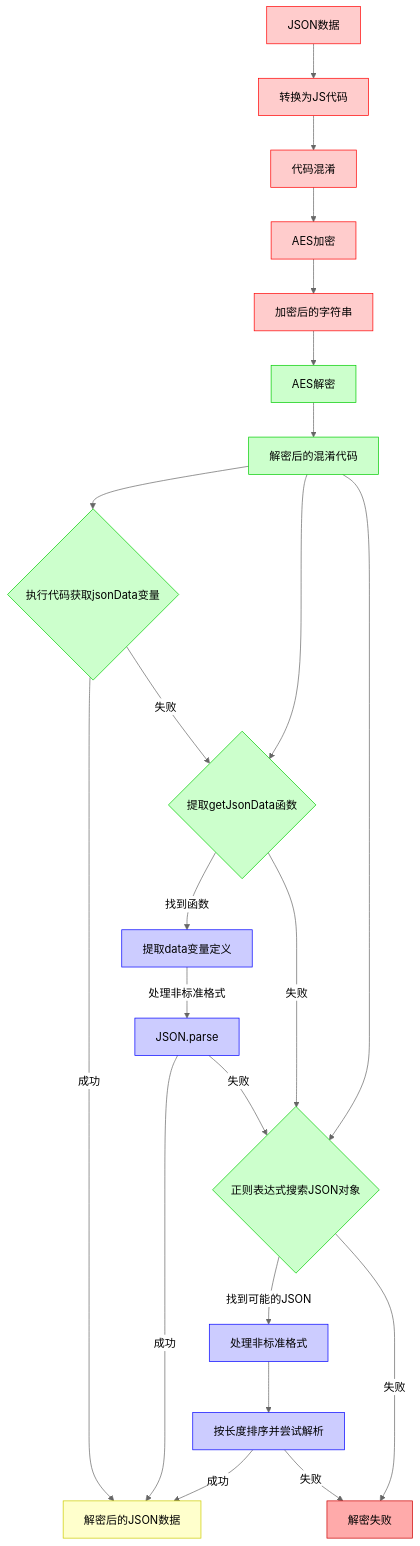
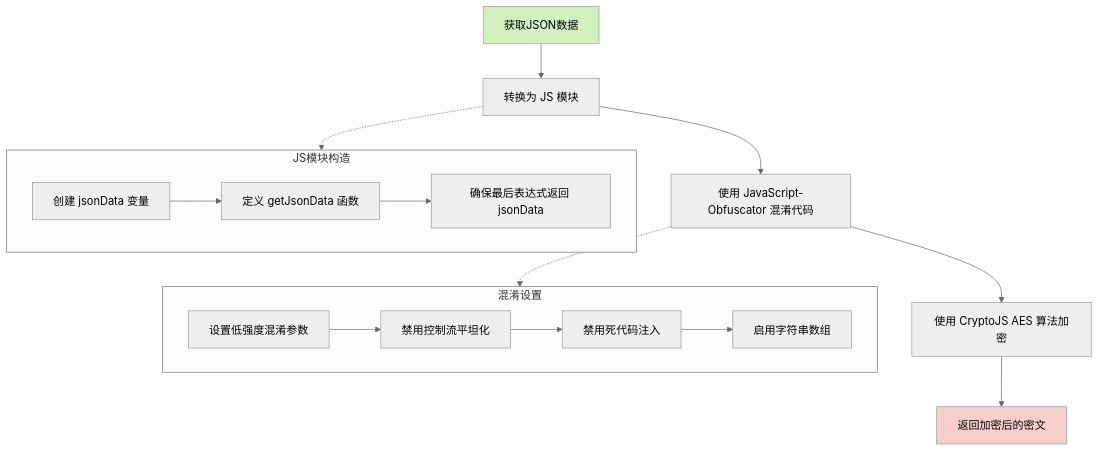
The diagram in all/未命名-42.md (yingjianzh/iodraw-files), drawn with Mermaid (neutral theme) before and after one commit.

Commit message:
2025-04-24 18:29:45 update

````diff
--- a/all/未命名-42.md
+++ b/all/未命名-42.md
@@ -1,48 +1,26 @@
 ```mermaid
+
 flowchart TD
-    %% 加密混淆流程
-    A[JSON数据] --> B[转换为JS代码]
-    B --> C[代码混淆]
-    C --> D[AES加密]
-    D --> E[加密后的字符串]
+    A[获取JSON数据] --> D[转换为 JS 模块]
+    D --> E[使用 JavaScript-Obfuscator 混淆代码]
+    E --> F[使用 CryptoJS AES 算法加密]
+    F --> G[返回加密后的密文]
     
-    %% 解密还原流程
-    E --> F[AES解密]
-    F --> G[解密后的混淆代码]
+    subgraph JS模块构造
+    D1[创建 jsonData 变量] --> D2[定义 getJsonData 函数]
+    D2 --> D3[确保最后表达式返回 jsonData]
+    end
     
-    %% 解密后的多种解析尝试
-    G --> H{执行代码获取jsonData变量}
-    G --> I{提取getJsonData函数}
-    G --> J{正则表达式搜索JSON对象}
+    subgraph 混淆设置
+    E1[设置低强度混淆参数] --> E2[禁用控制流平坦化]
+    E2 --> E3[禁用死代码注入]
+    E3 --> E4[启用字符串数组]
+    end
     
-    %% 执行代码路径
-    H -->|成功| K[解密后的JSON数据]
-    H -->|失败| I
+    D -.-> JS模块构造
+    E -.-> 混淆设置
     
-    %% 提取函数路径
-    I -->|找到函数| L[提取data变量定义]
-    L -->|处理非标准格式| M[JSON.parse]
-    M -->|成功| K
-    I -->|失败| J
-    M -->|失败| J
-    
-    %% 正则搜索路径
-    J -->|找到可能的JSON| N[处理非标准格式]
-    N --> O[按长度排序并尝试解析]
-    O -->|成功| K
-    O -->|失败| P[解密失败]
-    J -->|失败| P
-    
-    %% 样式
-    classDef encryption fill:#ffcccc,stroke:#ff0000
-    classDef decryption fill:#ccffcc,stroke:#00cc00
-    classDef process fill:#ccccff,stroke:#0000ff
-    classDef output fill:#ffffcc,stroke:#cccc00
-    classDef error fill:#ffaaaa,stroke:#cc0000
-    
-    class A,B,C,D,E encryption
-    class F,G,H,I,J decryption
-    class L,M,N,O process
-    class K output
-    class P error
+    style A fill:#d0f0c0
+    style G fill:#f8cecc
+
 ```
````
